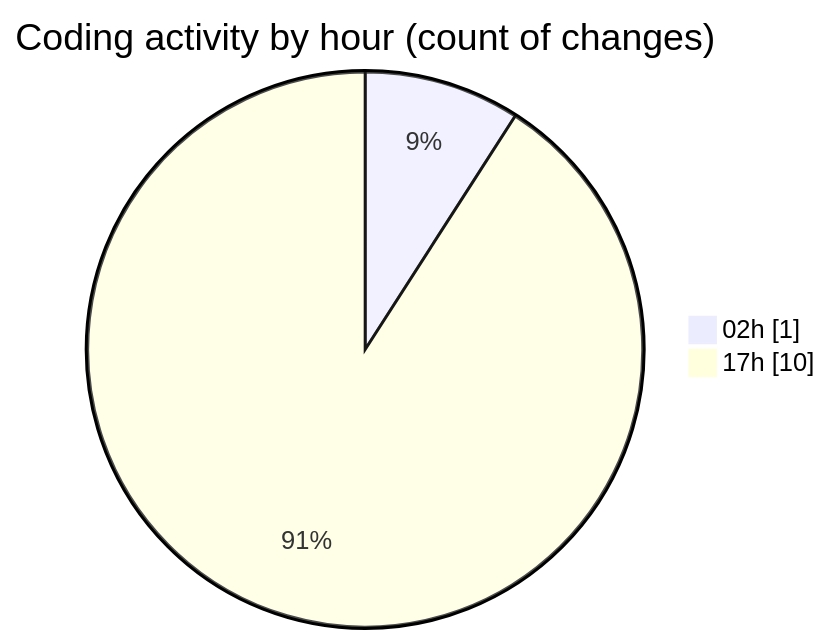
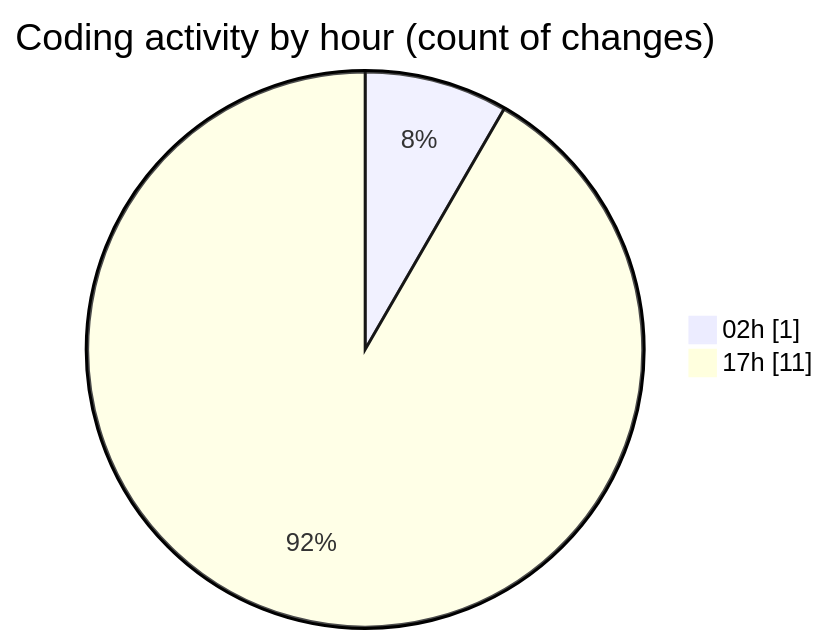
One commit to EIIisD/code-tracking changed the second of 2 diagrams in 2025-07-28/_claude/README.md. Above: the diagram before and after it, drawn with Mermaid. The commit also changed other lines of this file and 1 other file, not shown here.

````diff
--- a/2025-07-28/_claude/README.md
+++ b/2025-07-28/_claude/README.md
@@ -28,6 +28,6 @@
 ```mermaid
 pie showData
 title Coding activity by hour (count of changes)
 "02h" : 1
-"17h" : 10
+"17h" : 11
 ```
````
